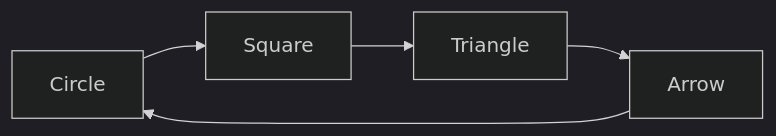
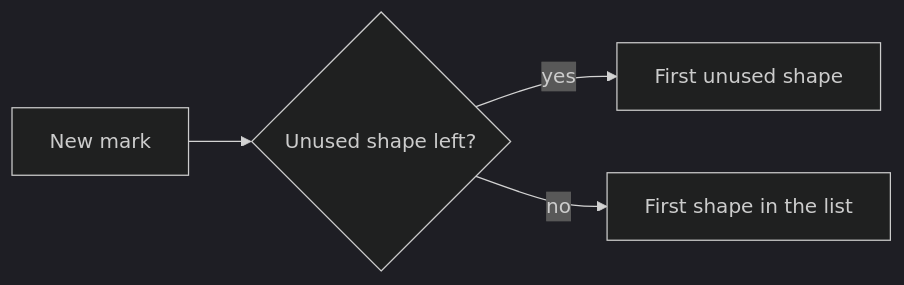
One commit to ravenoak/layerforge changed the fourth of 5 diagrams in docs/reference_mark_algorithm.md. Above: the diagram before and after it, drawn with Mermaid (dark theme). The commit also changed other lines of this file and 11 other files, not shown here.

First line of the commit message:
Add requirements page, Allium spec and architecture diagrams (#56)

````diff
--- a/docs/reference_mark_algorithm.md
+++ b/docs/reference_mark_algorithm.md
@@ -99,4 +100,6 @@
 ```mermaid
 flowchart LR
-    S1[Circle] --> S2[Square] --> S3[Triangle] --> S4[Arrow] --> S1
+    N[New mark] --> U{Unused shape left?}
+    U -- yes --> F[First unused shape]
+    U -- no --> S[First shape in the list]
 ```
````
